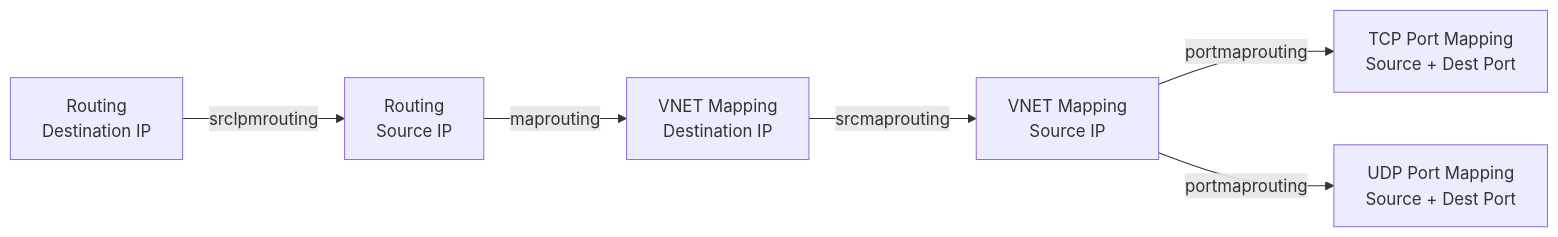
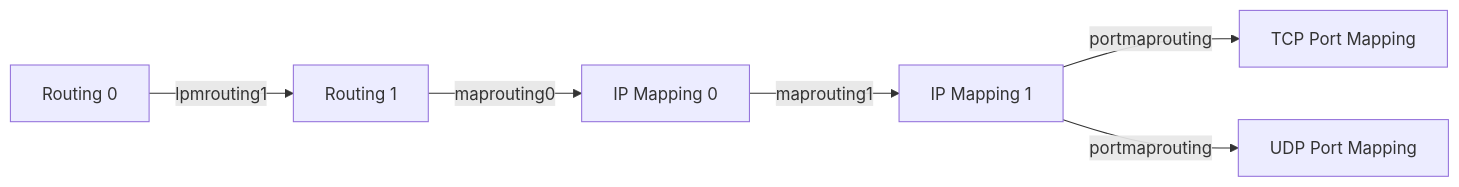
The fourth of 5 diagrams in documentation/general/dash-sai-pipeline-packet-flow.md (sonic-net/DASH), drawn with Mermaid before and after one commit. The commit also changed other lines of this file, not shown here.

````diff
--- a/documentation/general/dash-sai-pipeline-packet-flow.md
+++ b/documentation/general/dash-sai-pipeline-packet-flow.md
@@ -302,15 +302,15 @@
 ```mermaid
 flowchart LR
-    RoutingDst[Routing<br>Destination IP]
-    RoutingSrc[Routing<br>Source IP]
-    MapDst[VNET Mapping<br>Destination IP]
-    MapSrc[VNET Mapping<br>Source IP]
-    TcpPortMap[TCP Port Mapping<br>Source + Dest Port]
-    UdpPortMap[UDP Port Mapping<br>Source + Dest Port]
+    Routing0[Routing 0]
+    Routing1[Routing 1]
+    Map0[IP Mapping 0]
+    Map1[IP Mapping 1]
+    TcpPortMap[TCP Port Mapping]
+    UdpPortMap[UDP Port Mapping]
 
-    RoutingDst --> | srclpmrouting | RoutingSrc
-    RoutingSrc --> | maprouting | MapDst
-    MapDst --> | srcmaprouting | MapSrc
-    MapSrc --> | portmaprouting | TcpPortMap
-    MapSrc --> | portmaprouting | UdpPortMap
+    Routing0 --> | lpmrouting1 | Routing1
+    Routing1 --> | maprouting0 | Map0
+    Map0 --> | maprouting1 | Map1
+    Map1 --> | portmaprouting | TcpPortMap
+    Map1 --> | portmaprouting | UdpPortMap
 ```
````
